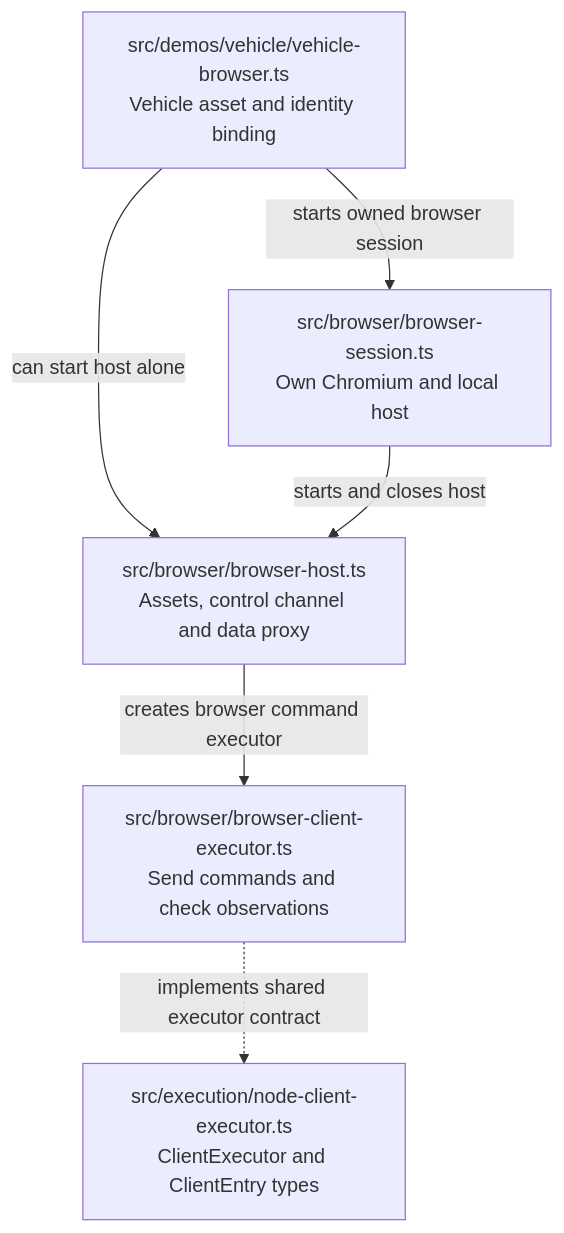
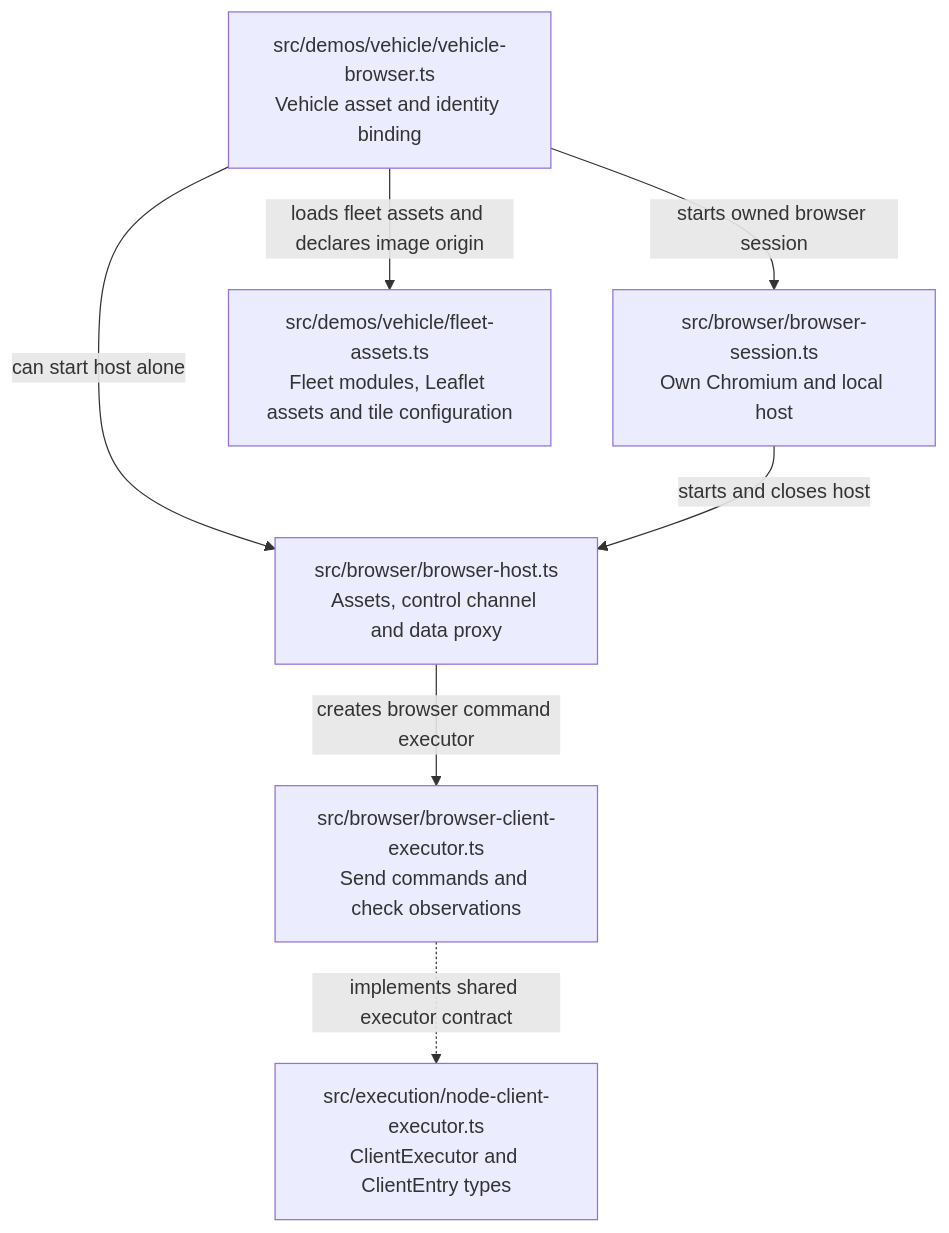
Before and after one commit to sproates/zooglass: the fifth of 6 diagrams in incubator/workbench/docs/source-map.md, drawn with Mermaid. The commit also changed other lines of this file and 25 other files, not shown here.

````diff
--- a/incubator/workbench/docs/source-map.md
+++ b/incubator/workbench/docs/source-map.md
@@ -212,13 +216,15 @@
 ```mermaid
 flowchart TB
   vehicle["src/demos/vehicle/vehicle-browser.ts<br/>Vehicle asset and identity binding"]
   session["src/browser/browser-session.ts<br/>Own Chromium and local host"]
   host["src/browser/browser-host.ts<br/>Assets, control channel and data proxy"]
   executor["src/browser/browser-client-executor.ts<br/>Send commands and check observations"]
   contract["src/execution/node-client-executor.ts<br/>ClientExecutor and ClientEntry types"]
+  fleetAssets["src/demos/vehicle/fleet-assets.ts<br/>Fleet modules, Leaflet assets and tile configuration"]
+  vehicle -->|loads fleet assets and declares image origin| fleetAssets
   vehicle -->|starts owned browser session| session
   vehicle -->|can start host alone| host
   session -->|starts and closes host| host
   host -->|creates browser command executor| executor
   executor -.->|implements shared executor contract| contract
 ```
````
